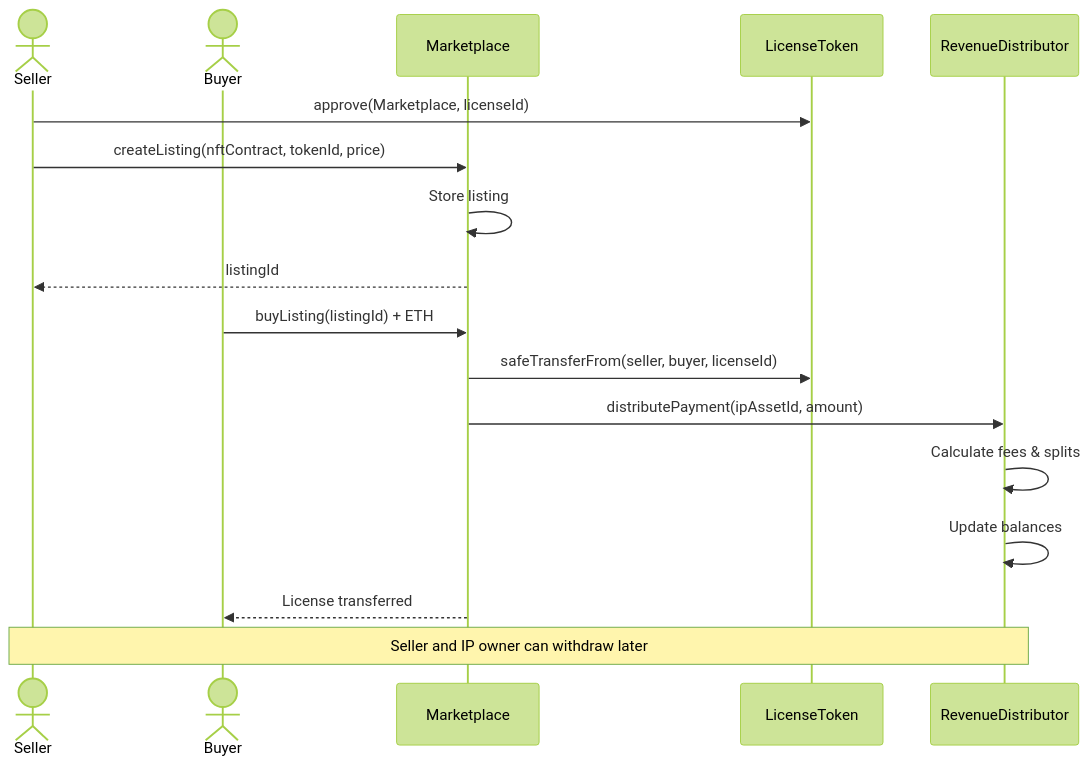
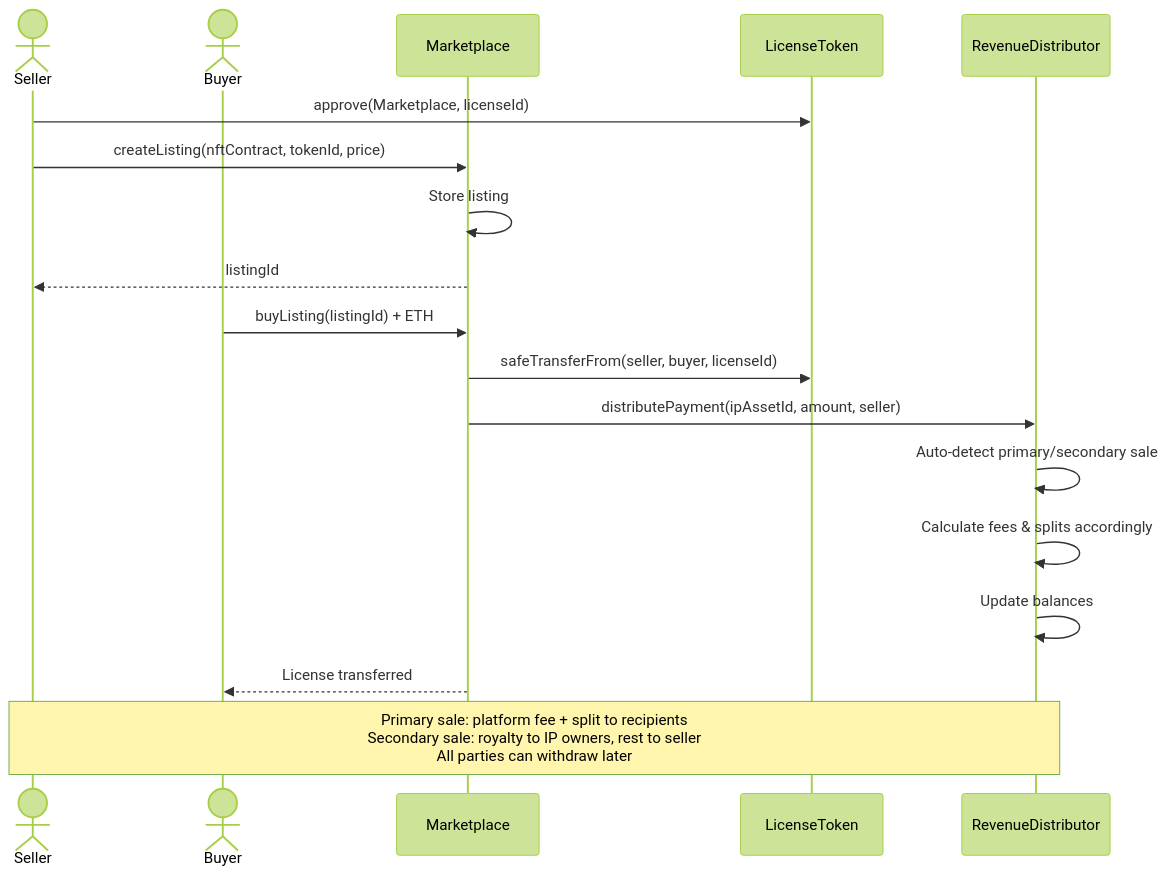
Before and after one commit to nomadbitcoin/softlaw-marketplace-contracts: the second of 6 diagrams in docs/src/architecture/user-flows.md, drawn with Mermaid (forest theme). The commit also changed other lines of this file and 21 other files, not shown here.

````diff
--- a/docs/src/architecture/user-flows.md
+++ b/docs/src/architecture/user-flows.md
@@ -32,22 +32,23 @@
 ```mermaid
 sequenceDiagram
     actor Seller
     actor Buyer
     participant MP as Marketplace
     participant LT as LicenseToken
     participant RD as RevenueDistributor
 
     Seller->>LT: approve(Marketplace, licenseId)
     Seller->>MP: createListing(nftContract, tokenId, price)
     MP->>MP: Store listing
     MP-->>Seller: listingId
 
     Buyer->>MP: buyListing(listingId) + ETH
     MP->>LT: safeTransferFrom(seller, buyer, licenseId)
-    MP->>RD: distributePayment(ipAssetId, amount)
-    RD->>RD: Calculate fees & splits
+    MP->>RD: distributePayment(ipAssetId, amount, seller)
+    RD->>RD: Auto-detect primary/secondary sale
+    RD->>RD: Calculate fees & splits accordingly
     RD->>RD: Update balances
     MP-->>Buyer: License transferred
 
-    Note over Seller,RD: Seller and IP owner can withdraw later
+    Note over Seller,RD: Primary sale: platform fee + split to recipients<br/>Secondary sale: royalty to IP owners, rest to seller<br/>All parties can withdraw later
 ```
````
